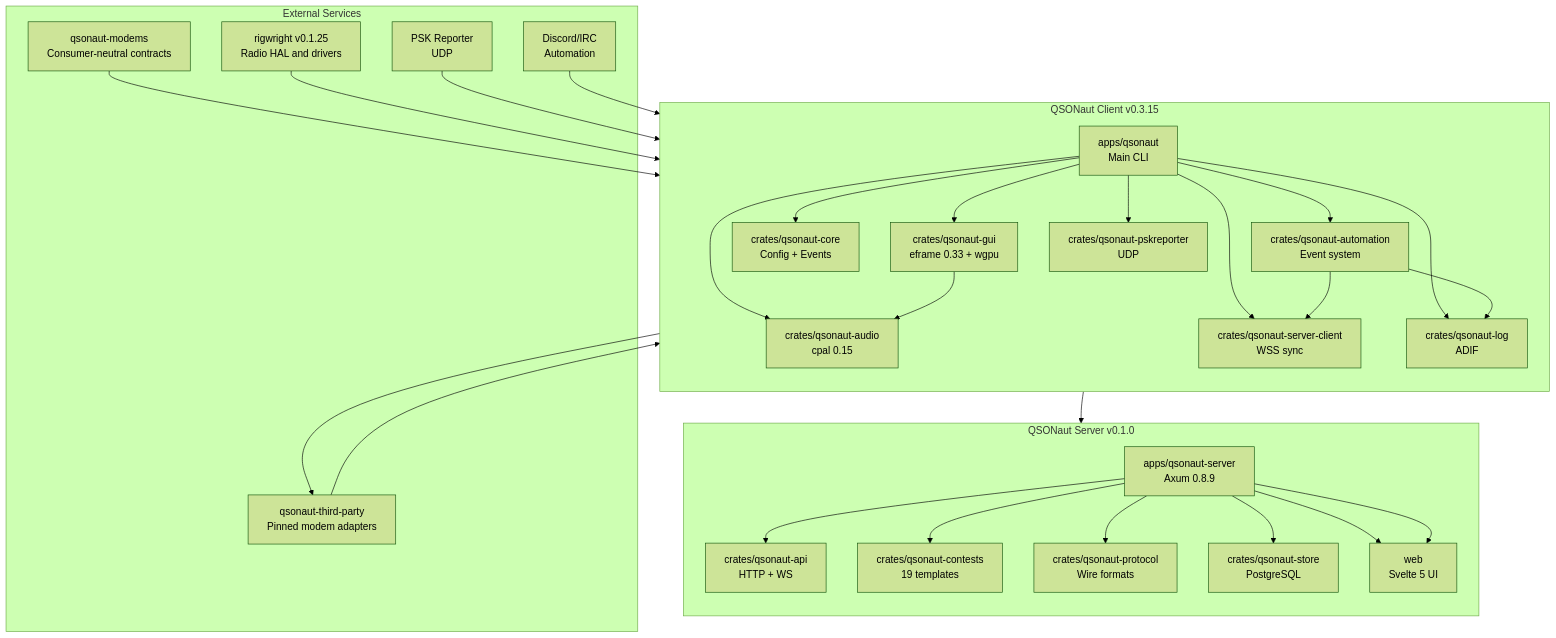
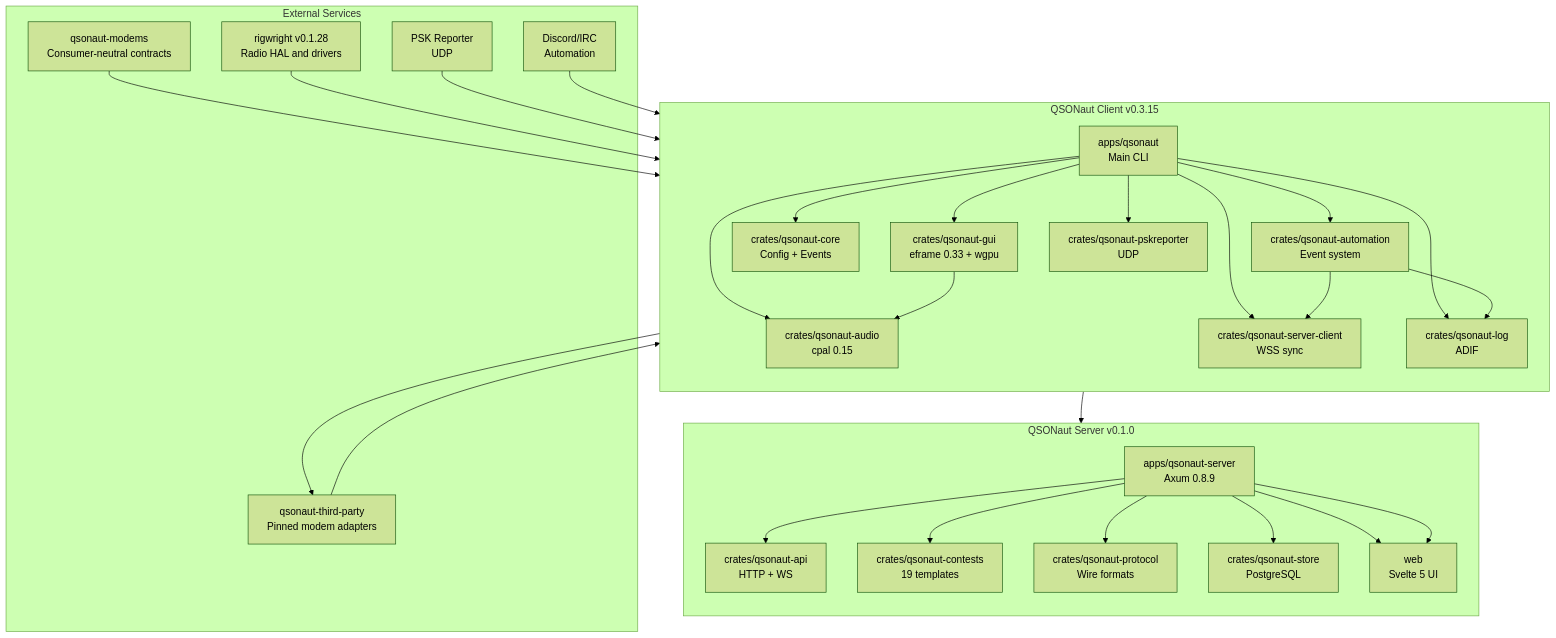
The first of 6 diagrams in docs/ARCHITECTURE.md (nicksbar/QSONaut), drawn with Mermaid (forest theme) before and after one commit. The commit also changed other lines of this file and 10 other files, not shown here.

````diff
--- a/docs/ARCHITECTURE.md
+++ b/docs/ARCHITECTURE.md
@@ -5,45 +5,45 @@
 ```mermaid
 graph TB
     subgraph QSONaut_Client["QSONaut Client v0.3.15"]
         direction TB
         A[apps/qsonaut<br/>Main CLI]
         A --> B[crates/qsonaut-gui<br/>eframe 0.33 + wgpu]
         A --> C[crates/qsonaut-core<br/>Config + Events]
         A --> F[crates/qsonaut-audio<br/>cpal 0.15]
         A --> G[crates/qsonaut-automation<br/>Event system]
         A --> H[crates/qsonaut-server-client<br/>WSS sync]
         A --> I[crates/qsonaut-log<br/>ADIF]
         A --> J[crates/qsonaut-pskreporter<br/>UDP]
         
         B --> F
         G --> H
         G --> I
     end
     
     subgraph QSONaut_Server["QSONaut Server v0.1.0"]
         direction TB
         K[apps/qsonaut-server<br/>Axum 0.8.9]
         K --> L[crates/qsonaut-api<br/>HTTP + WS]
         K --> M[crates/qsonaut-contests<br/>19 templates]
         K --> N[crates/qsonaut-protocol<br/>Wire formats]
         K --> O[crates/qsonaut-store<br/>PostgreSQL]
         K --> P[web<br/>Svelte 5 UI]
     end
     
     subgraph External["External Services"]
         Q[qsonaut-third-party<br/>Pinned modem adapters]
         U[qsonaut-modems<br/>Consumer-neutral contracts]
-        R[rigwright v0.1.25<br/>Radio HAL and drivers]
+        R[rigwright v0.1.28<br/>Radio HAL and drivers]
         S[PSK Reporter<br/>UDP]
         T[Discord/IRC<br/>Automation]
     end
     
     Q --> B
     U --> B
     F --> Q
     R --> A
     S --> I
     T --> G
     H --> K
     K --> P
 ```
````
